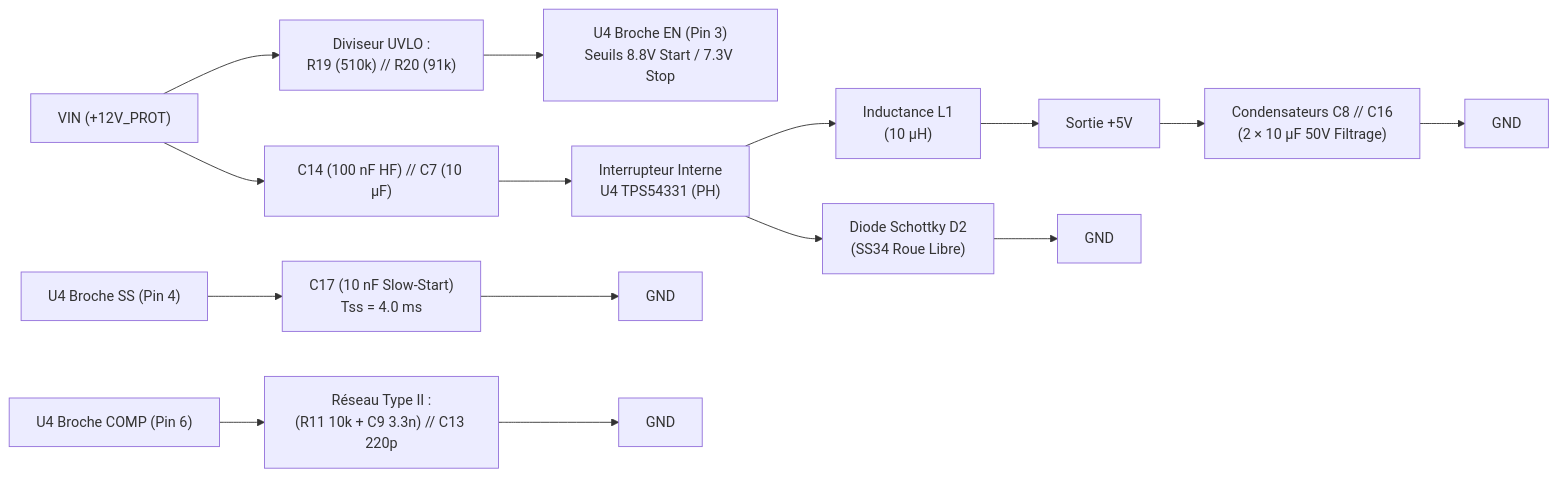
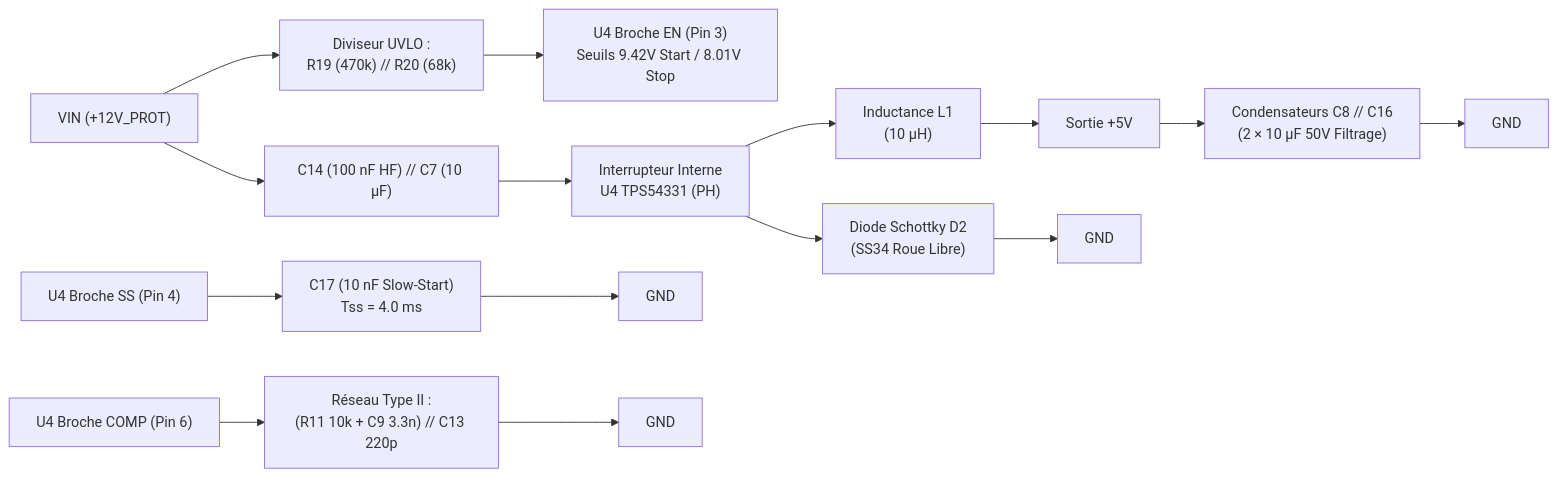
Before and after one commit to nitrogene/OBD2: the third of 9 diagrams in HARDWARE.md, drawn with Mermaid. The commit also changed other lines of this file and 8 other files, not shown here.

````diff
--- a/HARDWARE.md
+++ b/HARDWARE.md
@@ -141,22 +141,22 @@
 ```mermaid
 %%{init: {
   'themeVariables': {
     'fontFamily': 'Consolas, "Courier New", monospace',
     'fontSize': '12px'
   },
   'flowchart': {
     'curve': 'stepBefore',
     'nodeSpacing': 20,
     'rankSpacing': 30
   }
 }}%%
 flowchart LR
     VIN["VIN (+12V_PROT)"] --> C14["C14 (100 nF HF) // C7 (10 µF)"]
-    VIN --> UVLO["Diviseur UVLO :\nR19 (510k) // R20 (91k)"] --> U4_EN["U4 Broche EN (Pin 3)\nSeuils 8.8V Start / 7.3V Stop"]
+    VIN --> UVLO["Diviseur UVLO :\nR19 (470k) // R20 (68k)"] --> U4_EN["U4 Broche EN (Pin 3)\nSeuils 9.42V Start / 8.01V Stop"]
     C14 --> U4_SW["Interrupteur Interne\nU4 TPS54331 (PH)"]
     U4_SW --> L1["Inductance L1\n(10 µH)"] --> VOUT["Sortie +5V"]
     U4_SW --> D2["Diode Schottky D2\n(SS34 Roue Libre)"] --> GND1["GND"]
     VOUT --> C8_C16["Condensateurs C8 // C16\n(2 × 10 µF 50V Filtrage)"] --> GND2["GND"]
     U4_SS["U4 Broche SS (Pin 4)"] --> C17["C17 (10 nF Slow-Start)\nTss = 4.0 ms"] --> GND4["GND"]
     U4_COMP["U4 Broche COMP (Pin 6)"] --> COMP_NET["Réseau Type II :\n(R11 10k + C9 3.3n) // C13 220p"] --> GND3["GND"]
 ```
````
